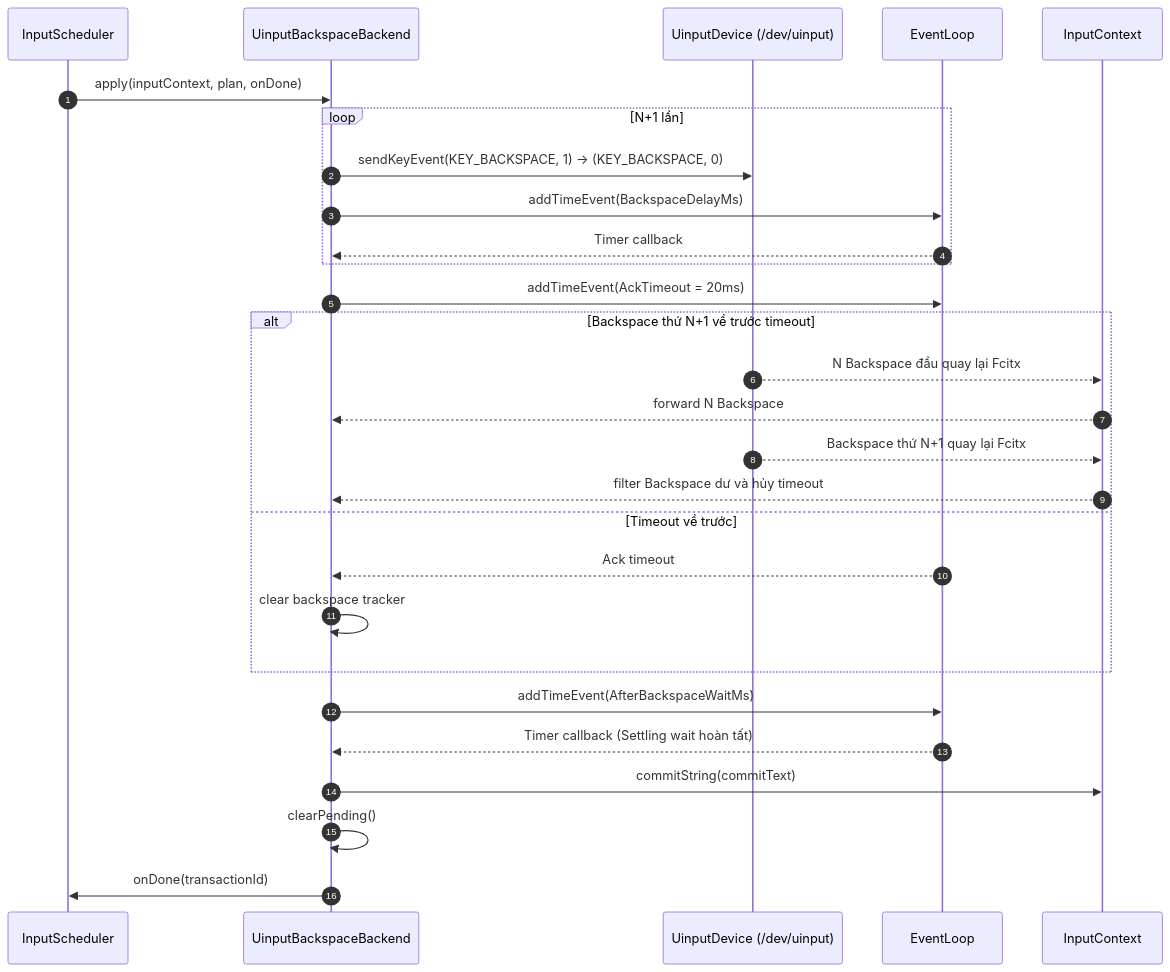
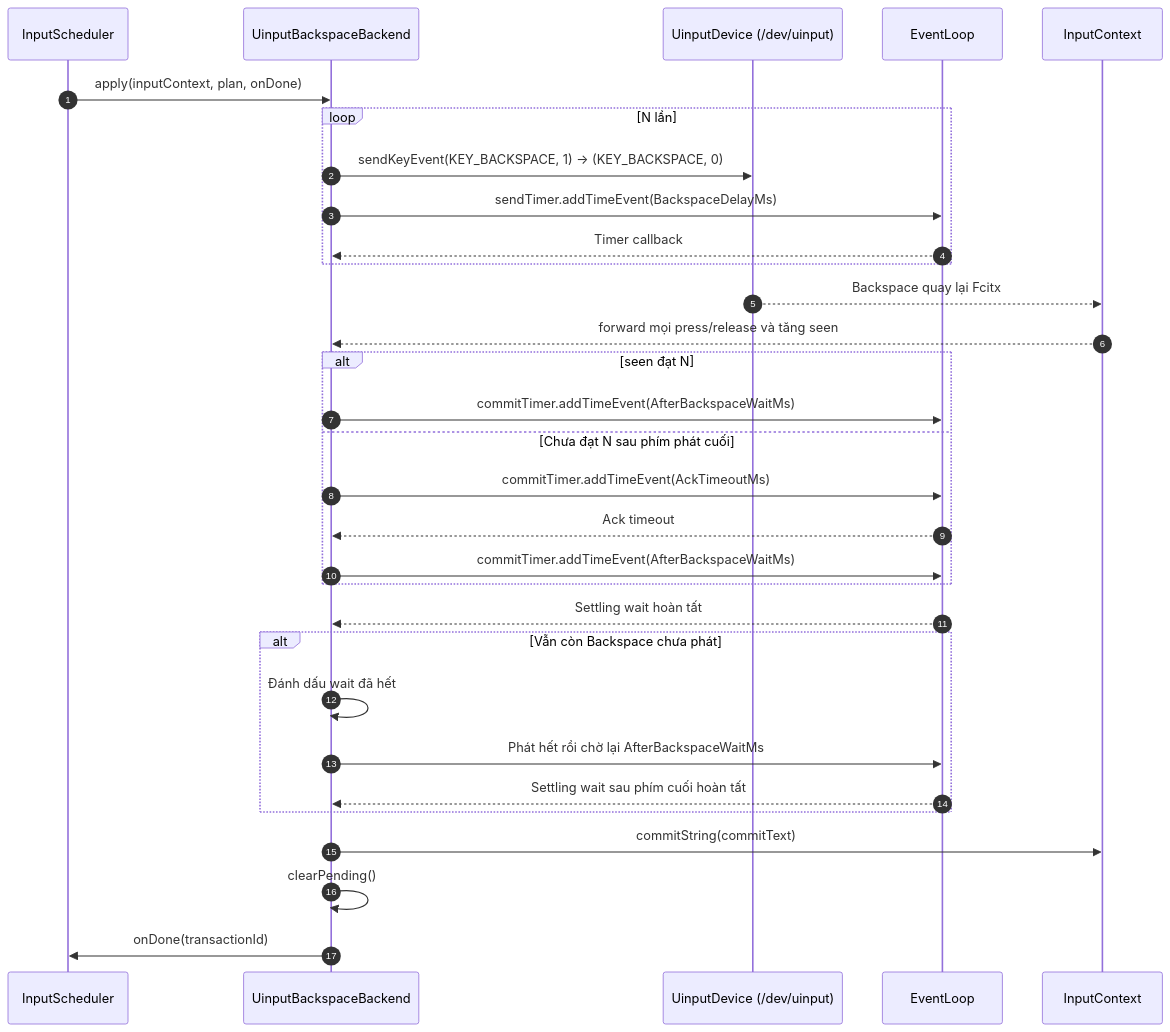
The fourth of 6 diagrams in docs/ARCHITECTURE.md (xhkzeroone/ArecaIME), drawn with Mermaid before and after one commit. The commit also changed other lines of this file and 5 other files, not shown here.

Commit message:
docs: update uinput backspace flow

````diff
--- a/docs/ARCHITECTURE.md
+++ b/docs/ARCHITECTURE.md
@@ -390,33 +390,36 @@
 ```mermaid
 sequenceDiagram
     autonumber
     participant S as InputScheduler
     participant B as UinputBackspaceBackend
     participant DEV as UinputDevice (/dev/uinput)
     participant EL as EventLoop
     participant IC as InputContext
 
     S->>B: apply(inputContext, plan, onDone)
     
-    loop N+1 lần
+    loop N lần
         B->>DEV: sendKeyEvent(KEY_BACKSPACE, 1) -> (KEY_BACKSPACE, 0)
-        B->>EL: addTimeEvent(BackspaceDelayMs)
+        B->>EL: sendTimer.addTimeEvent(BackspaceDelayMs)
         EL-->>B: Timer callback
     end
 
-    B->>EL: addTimeEvent(AckTimeout = 20ms)
-    alt Backspace thứ N+1 về trước timeout
-        DEV-->>IC: N Backspace đầu quay lại Fcitx
-        IC-->>B: forward N Backspace
-        DEV-->>IC: Backspace thứ N+1 quay lại Fcitx
-        IC-->>B: filter Backspace dư và hủy timeout
-    else Timeout về trước
+    DEV-->>IC: Backspace quay lại Fcitx
+    IC-->>B: forward mọi press/release và tăng seen
+    alt seen đạt N
+        B->>EL: commitTimer.addTimeEvent(AfterBackspaceWaitMs)
+    else Chưa đạt N sau phím phát cuối
+        B->>EL: commitTimer.addTimeEvent(AckTimeoutMs)
         EL-->>B: Ack timeout
-        B->>B: clear backspace tracker
+        B->>EL: commitTimer.addTimeEvent(AfterBackspaceWaitMs)
     end
-    B->>EL: addTimeEvent(AfterBackspaceWaitMs)
-    EL-->>B: Timer callback (Settling wait hoàn tất)
+    EL-->>B: Settling wait hoàn tất
+    alt Vẫn còn Backspace chưa phát
+        B->>B: Đánh dấu wait đã hết
+        B->>EL: Phát hết rồi chờ lại AfterBackspaceWaitMs
+        EL-->>B: Settling wait sau phím cuối hoàn tất
+    end
     B->>IC: commitString(commitText)
     B->>B: clearPending()
     B->>S: onDone(transactionId)
 ```
````
